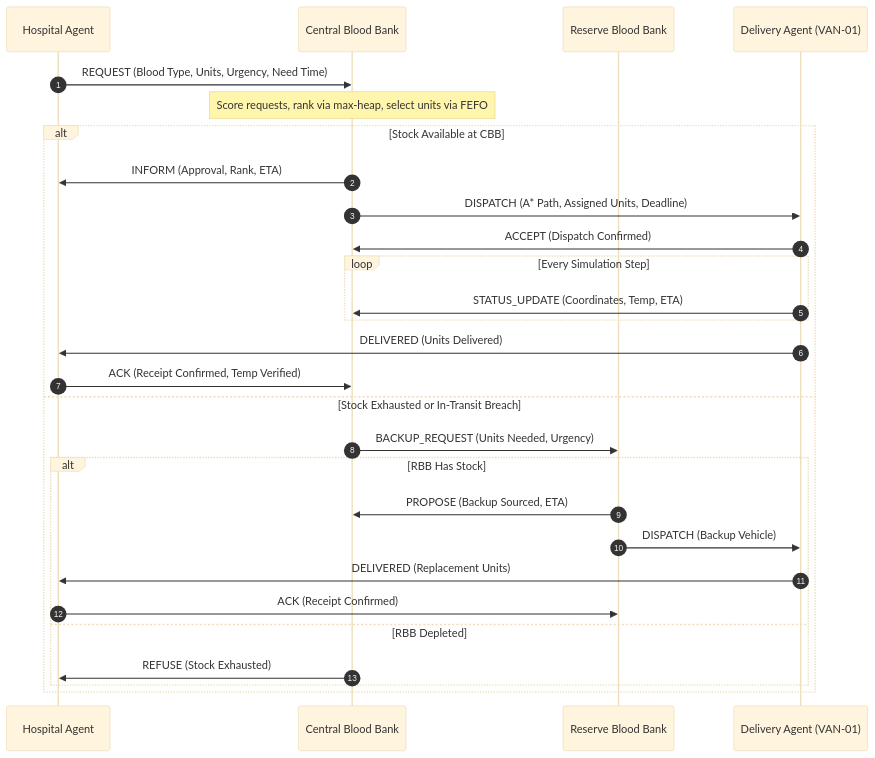
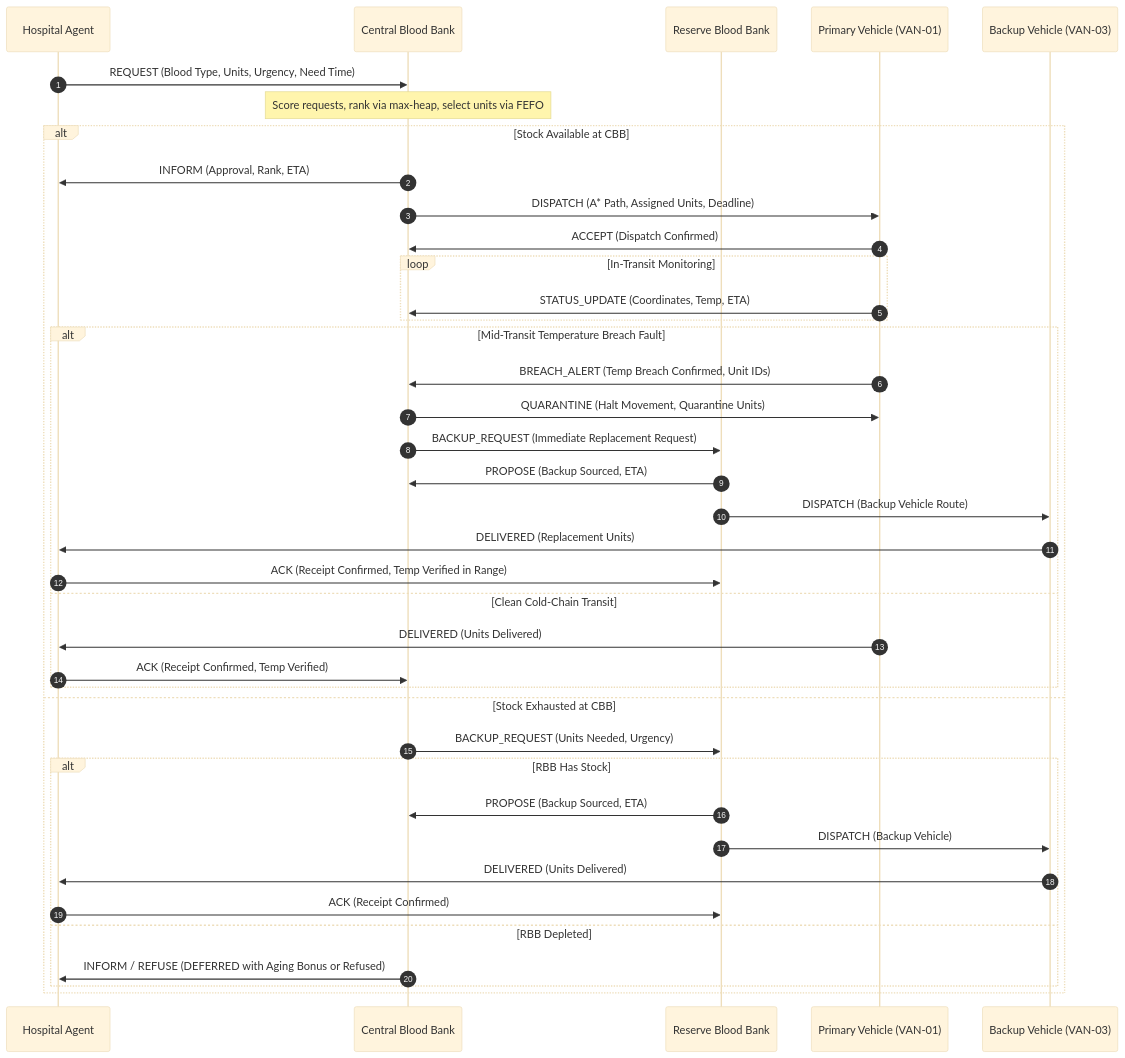
Before and after one commit to Gnanesh-12/Multi-Agent-Blood-Supply-and-Cold-Chain-Management: the diagram in README.md, drawn with Mermaid (base theme). The commit also changed other lines of this file and 6 other files, not shown here.

````diff
--- a/README.md
+++ b/README.md
@@ -115,31 +113,42 @@
 ```mermaid
 sequenceDiagram
     autonumber
     participant H as Hospital Agent
     participant CBB as Central Blood Bank
     participant RBB as Reserve Blood Bank
-    participant DEV as Delivery Agent (VAN-01)
+    participant DEV as Primary Vehicle (VAN-01)
+    participant BDEV as Backup Vehicle (VAN-03)
 
     H->>CBB: REQUEST (Blood Type, Units, Urgency, Need Time)
     Note over CBB: Score requests, rank via max-heap, select units via FEFO
     alt Stock Available at CBB
         CBB->>H: INFORM (Approval, Rank, ETA)
         CBB->>DEV: DISPATCH (A* Path, Assigned Units, Deadline)
         DEV->>CBB: ACCEPT (Dispatch Confirmed)
-        loop Every Simulation Step
+        loop In-Transit Monitoring
             DEV->>CBB: STATUS_UPDATE (Coordinates, Temp, ETA)
         end
-        DEV->>H: DELIVERED (Units Delivered)
-        H->>CBB: ACK (Receipt Confirmed, Temp Verified)
-    else Stock Exhausted or In-Transit Breach
+        alt Mid-Transit Temperature Breach Fault
+            DEV->>CBB: BREACH_ALERT (Temp Breach Confirmed, Unit IDs)
+            CBB->>DEV: QUARANTINE (Halt Movement, Quarantine Units)
+            CBB->>RBB: BACKUP_REQUEST (Immediate Replacement Request)
+            RBB->>CBB: PROPOSE (Backup Sourced, ETA)
+            RBB->>BDEV: DISPATCH (Backup Vehicle Route)
+            BDEV->>H: DELIVERED (Replacement Units)
+            H->>RBB: ACK (Receipt Confirmed, Temp Verified in Range)
+        else Clean Cold-Chain Transit
+            DEV->>H: DELIVERED (Units Delivered)
+            H->>CBB: ACK (Receipt Confirmed, Temp Verified)
+        end
+    else Stock Exhausted at CBB
         CBB->>RBB: BACKUP_REQUEST (Units Needed, Urgency)
         alt RBB Has Stock
             RBB->>CBB: PROPOSE (Backup Sourced, ETA)
-            RBB->>DEV: DISPATCH (Backup Vehicle)
-            DEV->>H: DELIVERED (Replacement Units)
+            RBB->>BDEV: DISPATCH (Backup Vehicle)
+            BDEV->>H: DELIVERED (Units Delivered)
             H->>RBB: ACK (Receipt Confirmed)
         else RBB Depleted
-            CBB->>H: REFUSE (Stock Exhausted)
+            CBB->>H: INFORM / REFUSE (DEFERRED with Aging Bonus or Refused)
         end
     end
 ```
````
